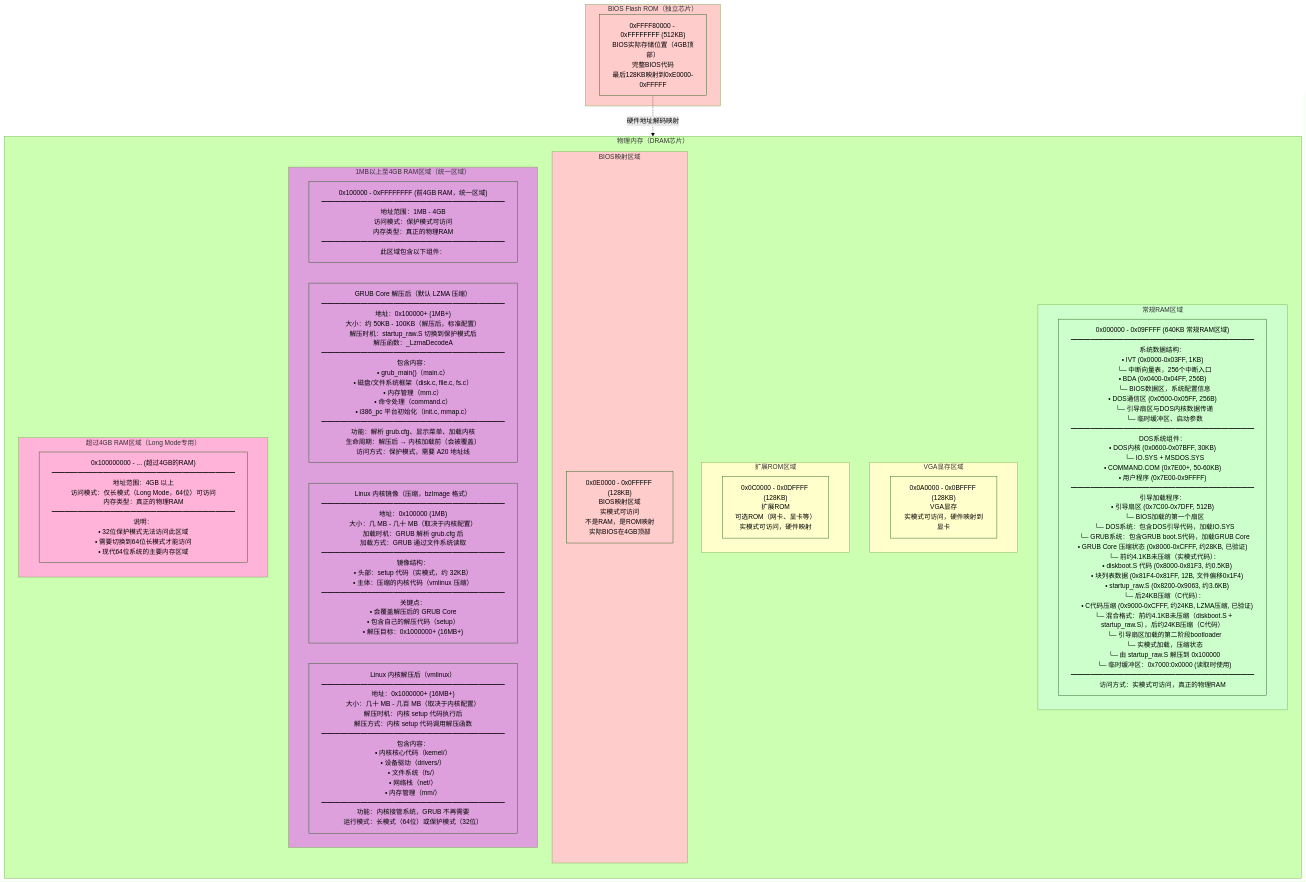
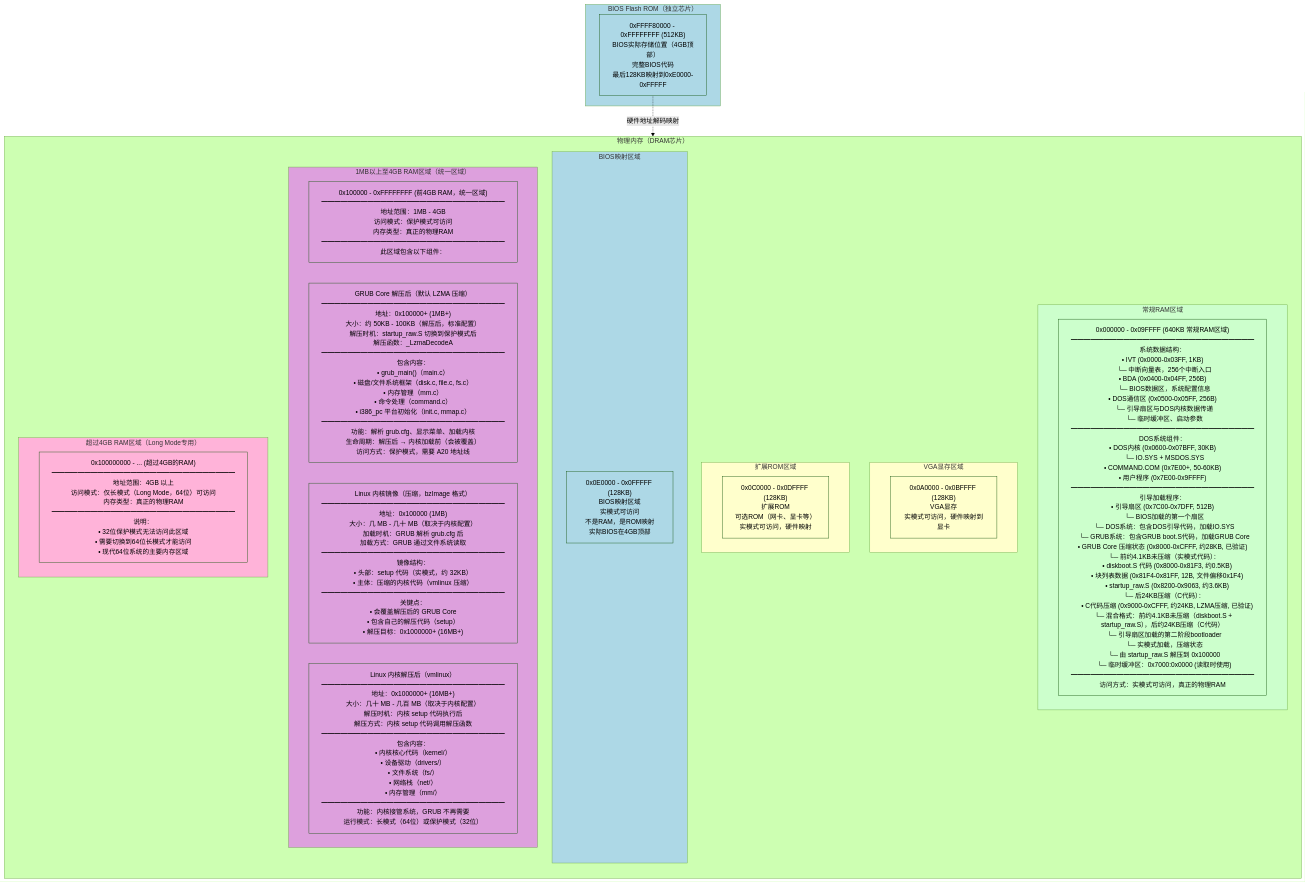
The diagram in BIOS_MEMORY_LAYOUT.md (liweinan/bootimage-example), drawn with Mermaid (forest theme) before and after one commit.

Commit message:
将 BIOS 区域颜色改为浅蓝色
- 将 BIOS 相关区域的颜色从红色 (#ffcccc) 改为浅蓝色 (#add8e6)
- 包括 BIOSMap、BIOSMapped、BIOSROM、BIOSFull 等所有 BIOS 相关区域
- 使 BIOS 区域与其他区域（绿色、黄色、紫色、粉色）区分更清晰

````diff
--- a/BIOS_MEMORY_LAYOUT.md
+++ b/BIOS_MEMORY_LAYOUT.md
@@ -287,57 +287,57 @@
    ```mermaid
    flowchart TB
        subgraph DRAM["物理内存（DRAM芯片）"]
            direction TB
            
            subgraph Low640KB["常规RAM区域"]
                LowRAM["0x000000 - 0x09FFFF (640KB 常规RAM区域)<br/>━━━━━━━━━━━━━━━━━━━━━━━━━━━━<br/>系统数据结构：<br/>• IVT (0x0000-0x03FF, 1KB)<br/>  └─ 中断向量表，256个中断入口<br/>• BDA (0x0400-0x04FF, 256B)<br/>  └─ BIOS数据区，系统配置信息<br/>• DOS通信区 (0x0500-0x05FF, 256B)<br/>  └─ 引导扇区与DOS内核数据传递<br/>  └─ 临时缓冲区、启动参数<br/>━━━━━━━━━━━━━━━━━━━━━━━━━━━━<br/>DOS系统组件：<br/>• DOS内核 (0x0600-0x07BFF, 30KB)<br/>  └─ IO.SYS + MSDOS.SYS<br/>• COMMAND.COM (0x7E00+, 50-60KB)<br/>• 用户程序 (0x7E00-0x9FFFF)<br/>━━━━━━━━━━━━━━━━━━━━━━━━━━━━<br/>引导加载程序：<br/>• 引导扇区 (0x7C00-0x7DFF, 512B)<br/>  └─ BIOS加载的第一个扇区<br/>  └─ DOS系统：包含DOS引导代码，加载IO.SYS<br/>  └─ GRUB系统：包含GRUB boot.S代码，加载GRUB Core<br/>• GRUB Core 压缩状态 (0x8000-0xCFFF, 约28KB, 已验证)<br/>  └─ 前约4.1KB未压缩（实模式代码）：<br/>     • diskboot.S 代码 (0x8000-0x81F3, 约0.5KB)<br/>     • 块列表数据 (0x81F4-0x81FF, 12B, 文件偏移0x1F4)<br/>     • startup_raw.S (0x8200-0x9063, 约3.6KB)<br/>  └─ 后24KB压缩（C代码）：<br/>     • C代码压缩 (0x9000-0xCFFF, 约24KB, LZMA压缩, 已验证)<br/>  └─ 混合格式：前约4.1KB未压缩（diskboot.S + startup_raw.S），后约24KB压缩（C代码）<br/>  └─ 引导扇区加载的第二阶段bootloader<br/>  └─ 实模式加载，压缩状态<br/>  └─ 由 startup_raw.S 解压到 0x100000<br/>  └─ 临时缓冲区：0x7000:0x0000 (读取时使用)<br/>━━━━━━━━━━━━━━━━━━━━━━━━━━━━<br/>访问方式：实模式可访问，真正的物理RAM"]
            end
            
            subgraph VGARAM["VGA显存区域"]
                VGAMem["0x0A0000 - 0x0BFFFF (128KB)<br/>VGA显存<br/>实模式可访问，硬件映射到显卡"]
            end
            
            subgraph ExtROM["扩展ROM区域"]
                OptionROM["0x0C0000 - 0x0DFFFF (128KB)<br/>扩展ROM<br/>可选ROM（网卡、显卡等）<br/>实模式可访问，硬件映射"]
            end
            
            subgraph BIOSMap["BIOS映射区域"]
                BIOSMapped["0x0E0000 - 0x0FFFFF (128KB)<br/>BIOS映射区域<br/>实模式可访问<br/>不是RAM，是ROM映射<br/>实际BIOS在4GB顶部"]
            end
            
            subgraph Above1MB["1MB以上至4GB RAM区域（统一区域）"]
                RAM4GB["0x100000 - 0xFFFFFFFF (前4GB RAM，统一区域)<br/>━━━━━━━━━━━━━━━━━━━━━━━━━━━━<br/>地址范围：1MB - 4GB<br/>访问模式：保护模式可访问<br/>内存类型：真正的物理RAM<br/>━━━━━━━━━━━━━━━━━━━━━━━━━━━━<br/>此区域包含以下组件："]
                GRUBDecomp["GRUB Core 解压后（默认 LZMA 压缩）<br/>━━━━━━━━━━━━━━━━━━━━━━━━━━━━<br/>地址：0x100000+ (1MB+)<br/>大小：约 50KB - 100KB（解压后，标准配置）<br/>解压时机：startup_raw.S 切换到保护模式后<br/>解压函数：_LzmaDecodeA<br/>━━━━━━━━━━━━━━━━━━━━━━━━━━━━<br/>包含内容：<br/>• grub_main()（main.c）<br/>• 磁盘/文件系统框架（disk.c, file.c, fs.c）<br/>• 内存管理（mm.c）<br/>• 命令处理（command.c）<br/>• i386_pc 平台初始化（init.c, mmap.c）<br/>━━━━━━━━━━━━━━━━━━━━━━━━━━━━<br/>功能：解析 grub.cfg、显示菜单、加载内核<br/>生命周期：解压后 → 内核加载前（会被覆盖）<br/>访问方式：保护模式，需要 A20 地址线"]
                KernelLoad["Linux 内核镜像（压缩，bzImage 格式）<br/>━━━━━━━━━━━━━━━━━━━━━━━━━━━━<br/>地址：0x100000 (1MB)<br/>大小：几 MB - 几十 MB（取决于内核配置）<br/>加载时机：GRUB 解析 grub.cfg 后<br/>加载方式：GRUB 通过文件系统读取<br/>━━━━━━━━━━━━━━━━━━━━━━━━━━━━<br/>镜像结构：<br/>• 头部：setup 代码（实模式，约 32KB）<br/>• 主体：压缩的内核代码（vmlinux 压缩）<br/>━━━━━━━━━━━━━━━━━━━━━━━━━━━━<br/>关键点：<br/>• 会覆盖解压后的 GRUB Core<br/>• 包含自己的解压代码（setup）<br/>• 解压目标：0x1000000+ (16MB+)"]
                KernelDecomp["Linux 内核解压后（vmlinux）<br/>━━━━━━━━━━━━━━━━━━━━━━━━━━━━<br/>地址：0x1000000+ (16MB+)<br/>大小：几十 MB - 几百 MB（取决于内核配置）<br/>解压时机：内核 setup 代码执行后<br/>解压方式：内核 setup 代码调用解压函数<br/>━━━━━━━━━━━━━━━━━━━━━━━━━━━━<br/>包含内容：<br/>• 内核核心代码（kernel/）<br/>• 设备驱动（drivers/）<br/>• 文件系统（fs/）<br/>• 网络栈（net/）<br/>• 内存管理（mm/）<br/>━━━━━━━━━━━━━━━━━━━━━━━━━━━━<br/>功能：内核接管系统，GRUB 不再需要<br/>运行模式：长模式（64位）或保护模式（32位）"]
            end
            
            subgraph Above4GB["超过4GB RAM区域（Long Mode专用）"]
                RAM8GB["0x100000000 - ... (超过4GB的RAM)<br/>━━━━━━━━━━━━━━━━━━━━━━━━━━━━<br/>地址范围：4GB 以上<br/>访问模式：仅长模式（Long Mode，64位）可访问<br/>内存类型：真正的物理RAM<br/>━━━━━━━━━━━━━━━━━━━━━━━━━━━━<br/>说明：<br/>• 32位保护模式无法访问此区域<br/>• 需要切换到64位长模式才能访问<br/>• 现代64位系统的主要内存区域"]
            end
        end
        
        subgraph BIOSROM["BIOS Flash ROM（独立芯片）"]
            BIOSFull["0xFFFF80000 - 0xFFFFFFFF (512KB)<br/>BIOS实际存储位置（4GB顶部）<br/>完整BIOS代码<br/>最后128KB映射到0xE0000-0xFFFFF"]
        end
        
        BIOSFull -.->|"硬件地址解码映射"| BIOSMapped
        
        style Low640KB fill:#ccffcc
        style LowRAM fill:#ccffcc
        style VGARAM fill:#ffffcc
        style VGAMem fill:#ffffcc
        style ExtROM fill:#ffffcc
        style OptionROM fill:#ffffcc
-       style BIOSMap fill:#ffcccc
-       style BIOSMapped fill:#ffcccc
+       style BIOSMap fill:#add8e6
+       style BIOSMapped fill:#add8e6
        style Above1MB fill:#dda0dd
        style RAM4GB fill:#dda0dd
        style GRUBDecomp fill:#dda0dd
        style KernelLoad fill:#dda0dd
        style KernelDecomp fill:#dda0dd
        style Above4GB fill:#ffb3d9
        style RAM8GB fill:#ffb3d9
-       style BIOSROM fill:#ffcccc
-       style BIOSFull fill:#ffcccc
+       style BIOSROM fill:#add8e6
+       style BIOSFull fill:#add8e6
    ```
````
